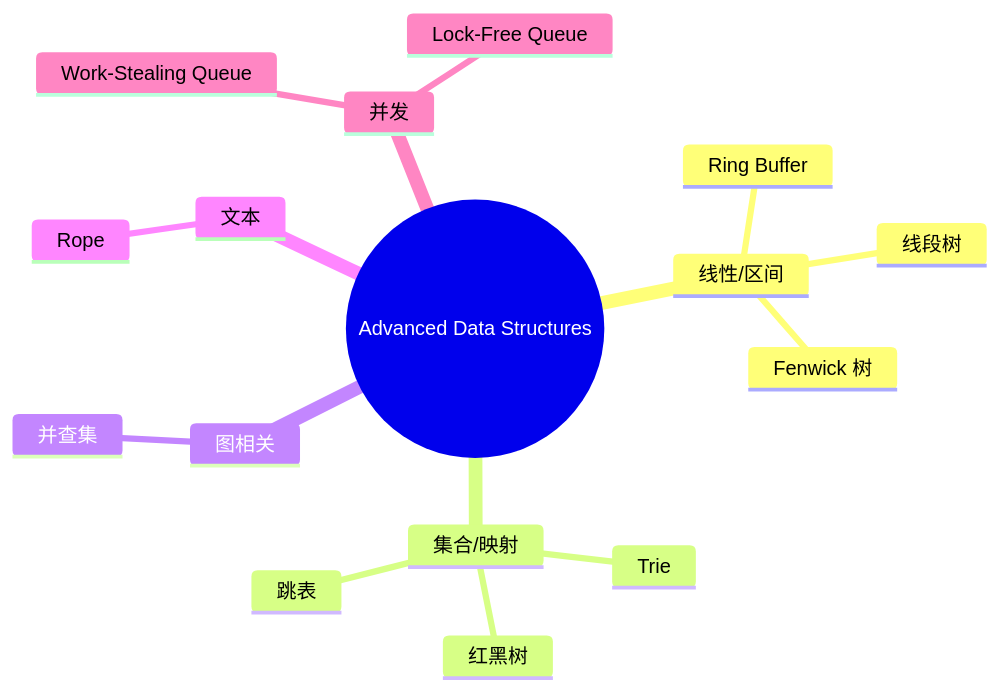
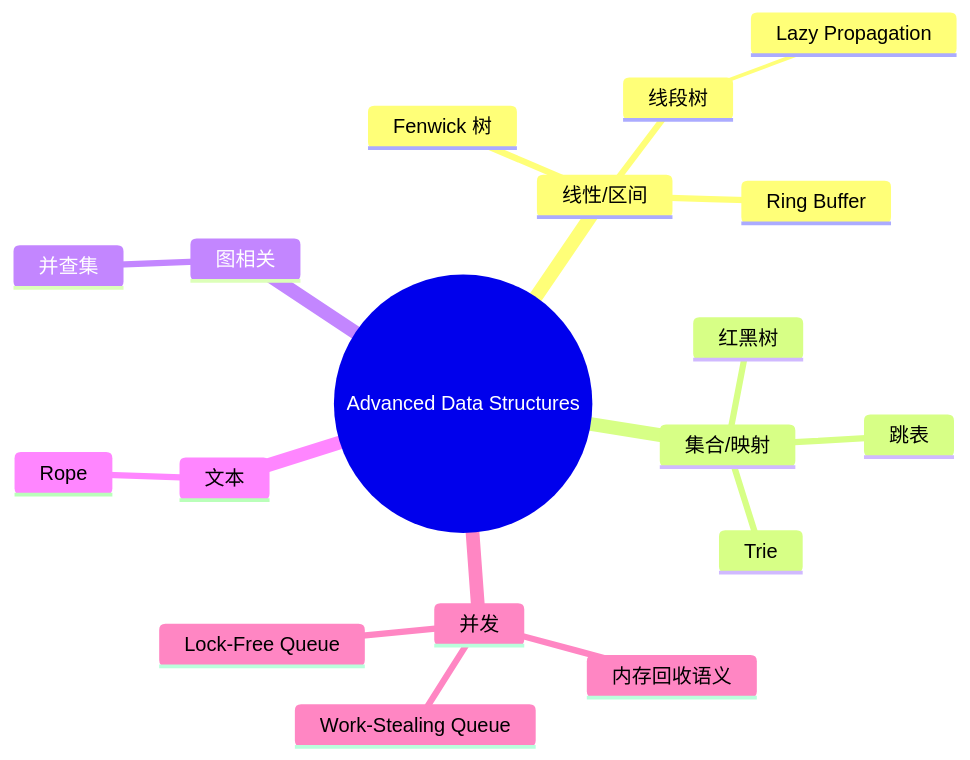
Before and after one commit to martin-ly/rust-lang: the diagram in concept/06_ecosystem/11_domain_applications/24_advanced_data_structures_implementation.md, drawn with Mermaid. The commit also changed other lines of this file and 85 other files, not shown here.

````diff
--- a/concept/06_ecosystem/11_domain_applications/24_advanced_data_structures_implementation.md
+++ b/concept/06_ecosystem/11_domain_applications/24_advanced_data_structures_implementation.md
@@ -460,19 +462,21 @@
 ```mermaid
 mindmap
   root((Advanced Data Structures))
     线性/区间
       Fenwick 树
       线段树
+        Lazy Propagation
       Ring Buffer
     集合/映射
       Trie
       跳表
       红黑树
     图相关
       并查集
     文本
       Rope
     并发
       Work-Stealing Queue
       Lock-Free Queue
+      内存回收语义
 ```
````
